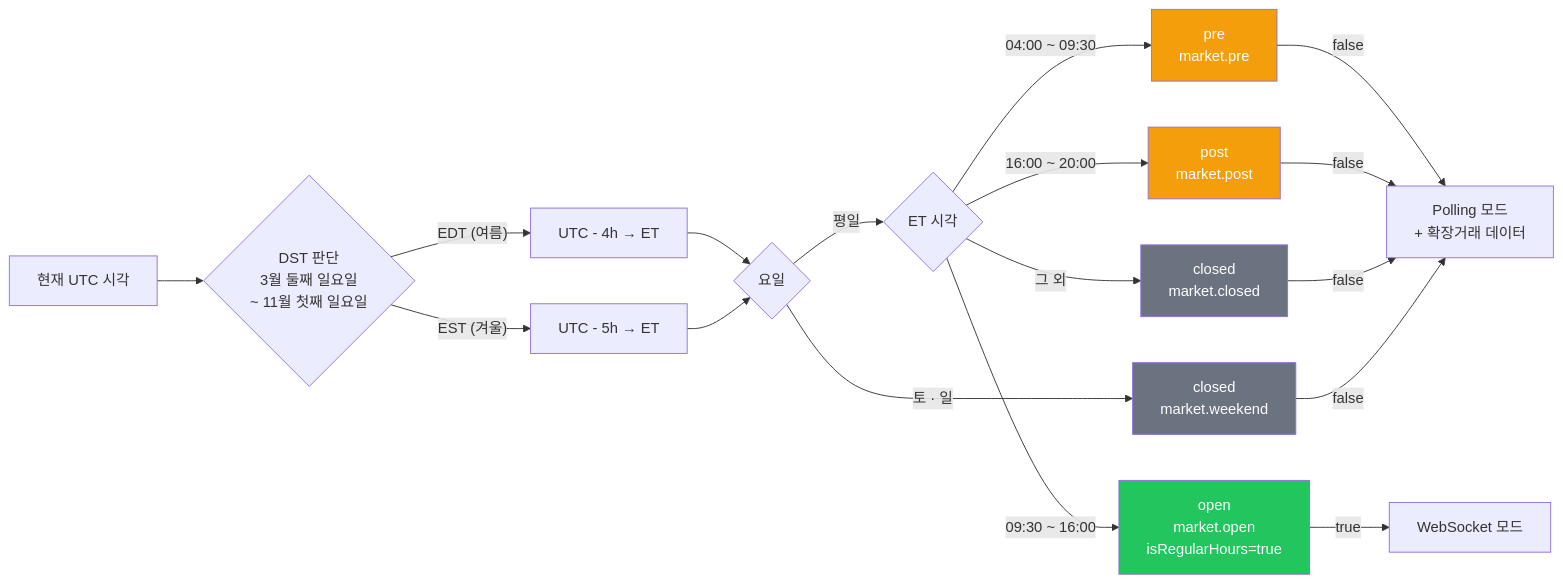
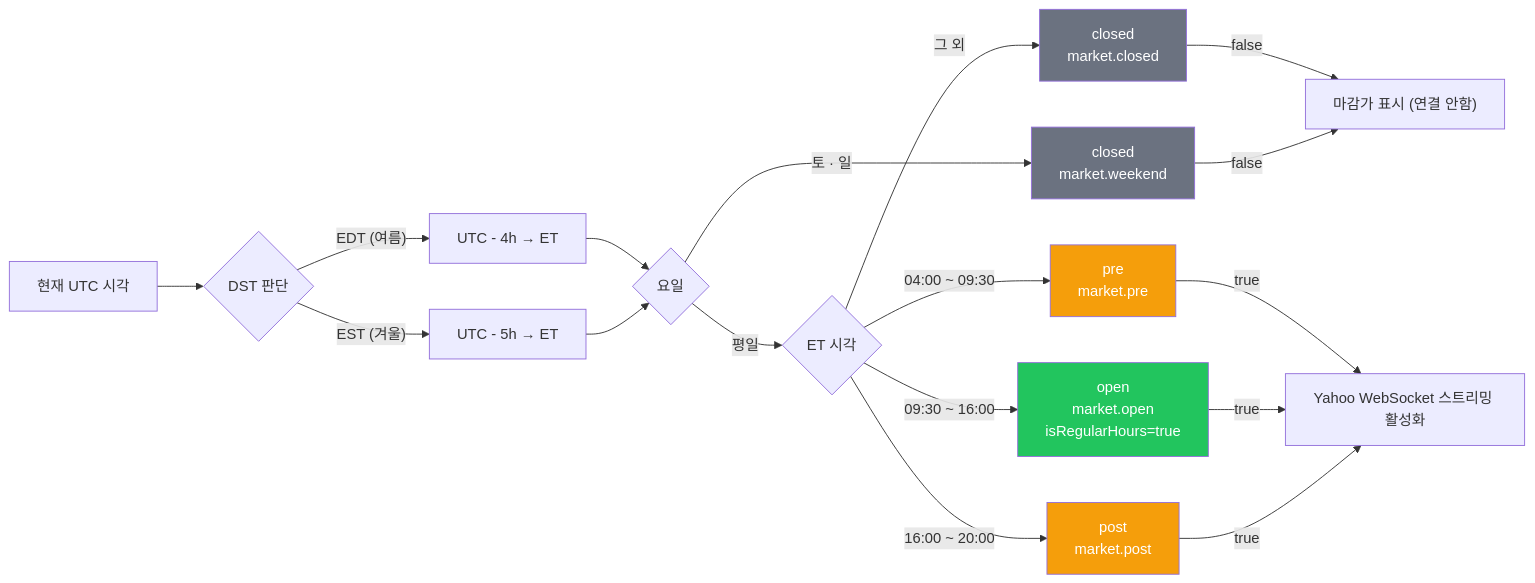
Before and after one commit to jm4293/us-stock-desk: the fifth of 7 diagrams in docs/architecture/data-flow.md, drawn with Mermaid. The commit also changed other lines of this file and 17 other files, not shown here.

````diff
--- a/docs/architecture/data-flow.md
+++ b/docs/architecture/data-flow.md
@@ -172,24 +156,24 @@
 ```mermaid
 flowchart LR
-    NOW["현재 UTC 시각"] --> DST{DST 판단\n3월 둘째 일요일\n~ 11월 첫째 일요일}
+    NOW["현재 UTC 시각"] --> DST{DST 판단}
     DST -->|"EDT (여름)"| UTC_4["UTC - 4h → ET"]
     DST -->|"EST (겨울)"| UTC_5["UTC - 5h → ET"]
 
     UTC_4 & UTC_5 --> DAY{요일}
     DAY -->|"토 · 일"| WEEKEND["closed\nmarket.weekend"]
     DAY -->|"평일"| TIME{ET 시각}
 
     TIME -->|"04:00 ~ 09:30"| PRE["pre\nmarket.pre"]
     TIME -->|"09:30 ~ 16:00"| OPEN["open\nmarket.open\nisRegularHours=true"]
     TIME -->|"16:00 ~ 20:00"| POST["post\nmarket.post"]
     TIME -->|"그 외"| CLOSED["closed\nmarket.closed"]
 
-    OPEN -->|"true"| WS_MODE["WebSocket 모드"]
-    PRE & POST & CLOSED & WEEKEND -->|"false"| POLL_MODE["Polling 모드\n+ 확장거래 데이터"]
+    PRE & OPEN & POST -->|"true"| WS_MODE["Yahoo WebSocket 스트리밍 활성화"]
+    CLOSED & WEEKEND -->|"false"| STATIC_MODE["마감가 표시 (연결 안함)"]
 
     style OPEN fill:#22c55e,color:#fff
     style PRE fill:#f59e0b,color:#fff
     style POST fill:#f59e0b,color:#fff
     style CLOSED fill:#6b7280,color:#fff
     style WEEKEND fill:#6b7280,color:#fff
 ```
````
